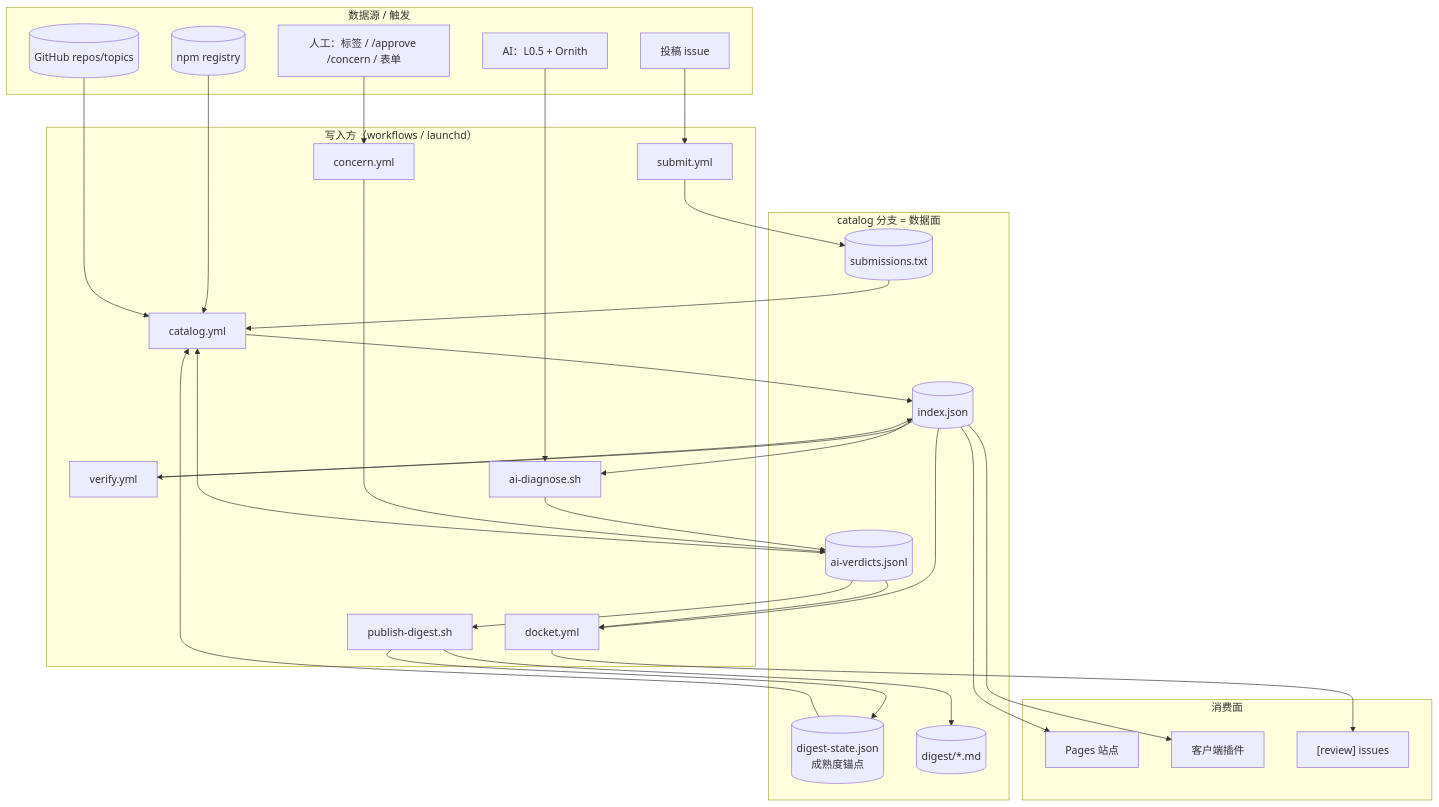
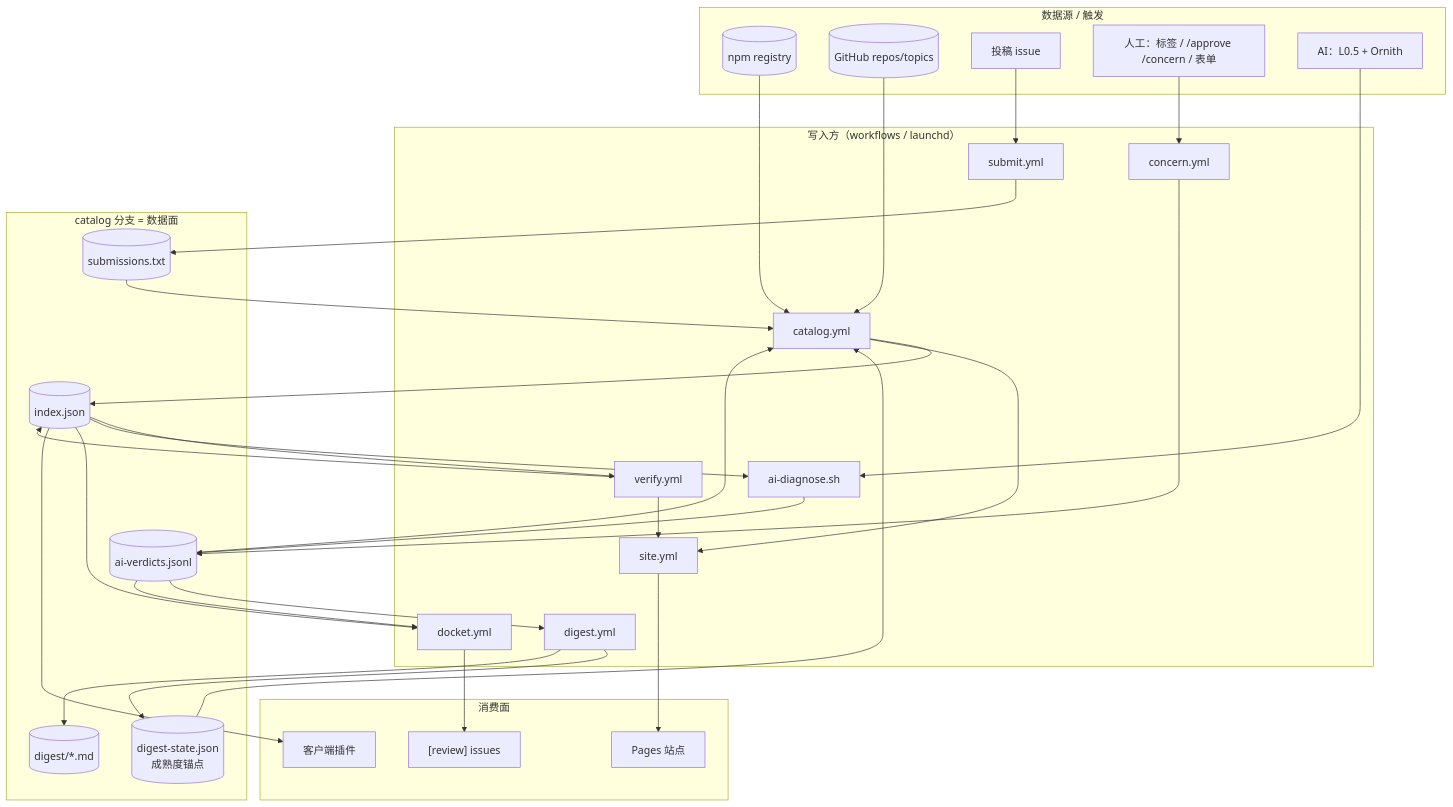
One commit to awesome-market/awesome-opencode-market changed the first of 11 diagrams in docs/DATA-FLOWS.md. Above: the diagram before and after it, drawn with Mermaid. The commit also changed other lines of this file and 8 other files, not shown here.

````diff
--- a/docs/DATA-FLOWS.md
+++ b/docs/DATA-FLOWS.md
@@ -6,52 +6,54 @@
 ```mermaid
 flowchart TB
   subgraph SRC["数据源 / 触发"]
     NPM[("npm registry")]
     GH[("GitHub repos/topics")]
     ISS["投稿 issue"]
     HUM["人工：标签 / /approve /concern / 表单"]
     AII["AI：L0.5 + Ornith"]
   end
 
   subgraph JOB["写入方（workflows / launchd）"]
     SUB["submit.yml"]
     CAT["catalog.yml"]
     VER["verify.yml"]
     DIA["ai-diagnose.sh"]
     CON["concern.yml"]
-    DIG["publish-digest.sh"]
+    DIG["digest.yml"]
     DOC["docket.yml"]
+    SIT["site.yml"]
   end
 
   subgraph DB["catalog 分支 = 数据面"]
     IDX[("index.json")]
     VJ[("ai-verdicts.jsonl")]
     SL[("submissions.txt")]
     DS[("digest-state.json<br/>成熟度锚点")]
     DG[("digest/*.md")]
   end
 
   subgraph OUT["消费面"]
     SITE["Pages 站点"]
     CLI["客户端插件"]
     REV["[review] issues"]
   end
 
   NPM --> CAT
   GH --> CAT
   SL --> CAT
   ISS --> SUB --> SL
   IDX --> VER --> IDX
   IDX --> DIA
   AII --> DIA --> VJ
   HUM --> CON --> VJ
   VJ --> DIG --> DS
   DIG --> DG
   IDX --> DOC --> REV
   VJ --> DOC
   VJ --> CAT
   DS --> CAT
   CAT --> IDX
-  IDX --> SITE
+  CAT --> SIT --> SITE
+  VER --> SIT
   IDX --> CLI
 ```
````
